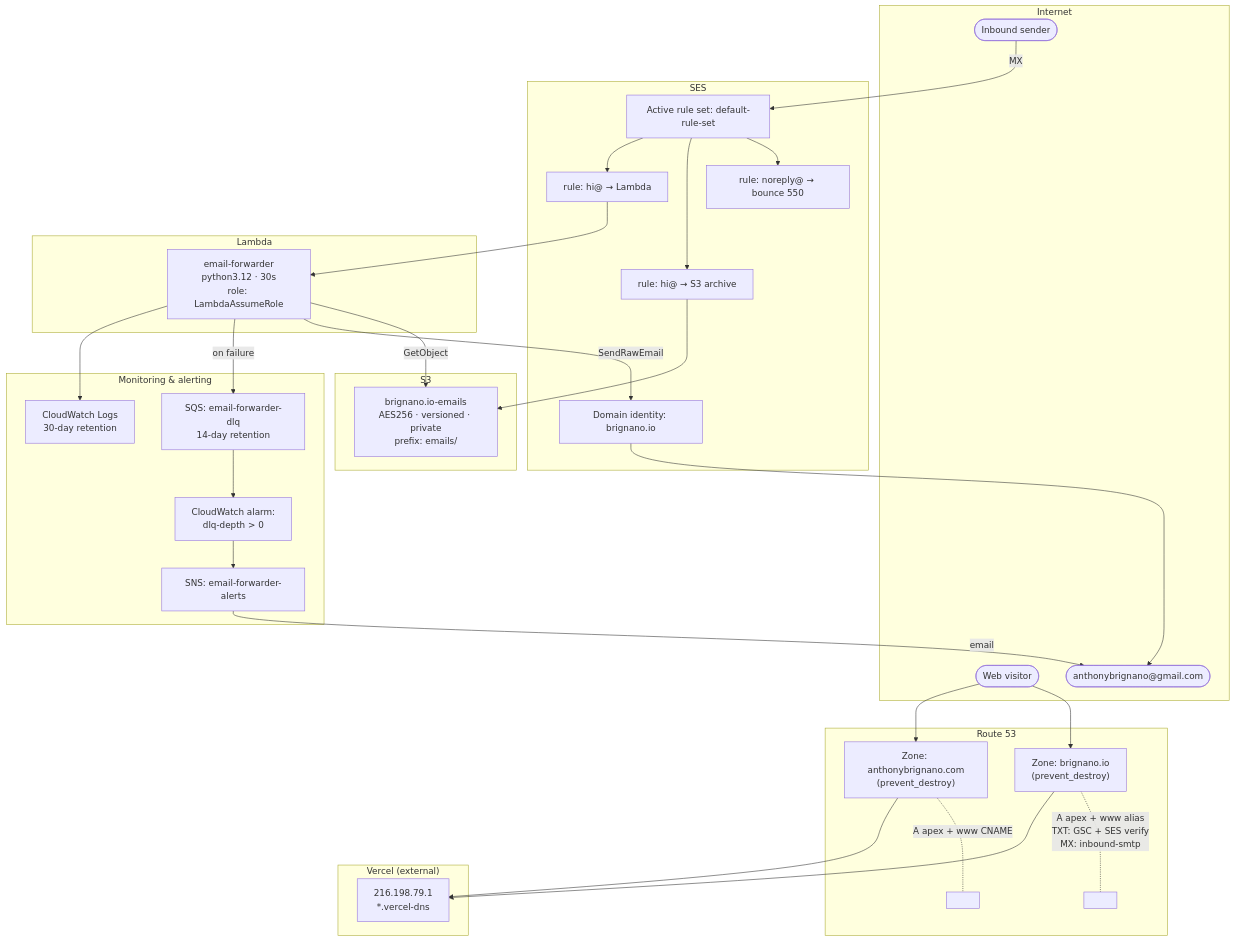
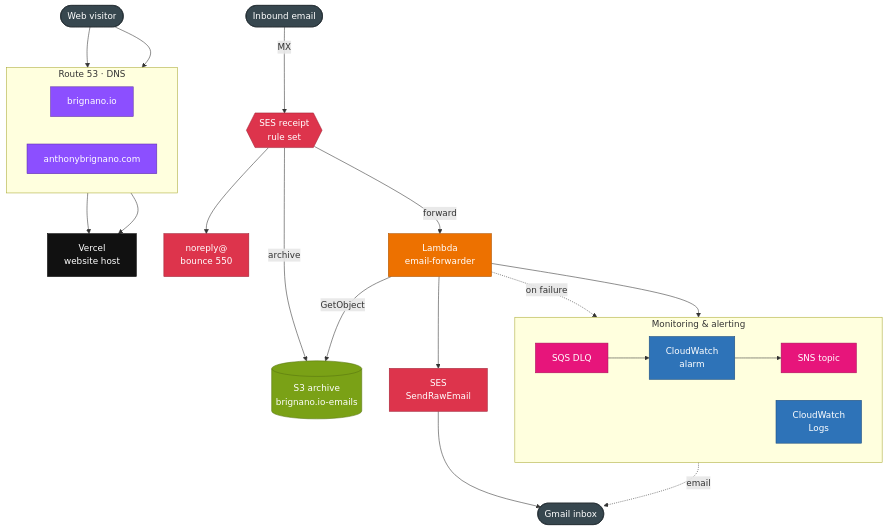
The first of 3 diagrams in docs/architecture.md (brignano/aws), drawn with Mermaid before and after one commit. The commit also changed other lines of this file, not shown here.

Commit message:
docs: style architecture diagrams with AWS service colors
- Color-code every node by AWS service category (Route 53 purple, SES
  red, S3 green, Lambda orange, SQS/SNS magenta, CloudWatch blue) via
  classDef, with a legend table
- Shorten node labels and drop the dotted record-placeholder nodes so
  the system diagram fits without zooming; detail stays in the table
- Sequence diagram: autonumber + green happy-path / red failure-path
  highlight rects
- Restyle the CI/CD diagram (Terraform purple, AWS navy)

Verified all three render with mermaid-cli 11.15.0.

````diff
--- a/docs/architecture.md
+++ b/docs/architecture.md
@@ -12,55 +12,49 @@
 ```mermaid
-graph TD
-    subgraph internet["Internet"]
-        Visitor([Web visitor])
-        Sender([Inbound sender])
-        Gmail(["anthonybrignano@gmail.com"])
+flowchart TB
+    Visitor([Web visitor]):::ext
+    Sender([Inbound email]):::ext
+    Gmail([Gmail inbox]):::ext
+
+    subgraph DNS["Route 53 · DNS"]
+        direction LR
+        ZoneP["brignano.io"]:::dns
+        ZoneB["anthonybrignano.com"]:::dns
     end
 
-    subgraph route53["Route 53"]
-        ZoneP["Zone: brignano.io<br/>(prevent_destroy)"]
-        ZoneB["Zone: anthonybrignano.com<br/>(prevent_destroy)"]
-        ZoneP -. "A apex + www alias<br/>TXT: GSC + SES verify<br/>MX: inbound-smtp" .- RecP[" "]
-        ZoneB -. "A apex + www CNAME" .- RecB[" "]
+    Vercel["Vercel<br/>website host"]:::vercel
+
+    RuleSet{{"SES receipt<br/>rule set"}}:::ses
+    RNoreply["noreply@<br/>bounce 550"]:::ses
+    SESsend["SES<br/>SendRawEmail"]:::ses
+    S3[("S3 archive<br/>brignano.io-emails")]:::s3
+    Lambda["Lambda<br/>email-forwarder"]:::lambda
+
+    subgraph MON["Monitoring & alerting"]
+        direction LR
+        DLQ["SQS DLQ"]:::integ
+        Alarm["CloudWatch<br/>alarm"]:::mon
+        SNS["SNS topic"]:::integ
+        Logs["CloudWatch<br/>Logs"]:::mon
     end
 
-    subgraph vercel["Vercel (external)"]
-        VercelApp["216.198.79.1<br/>*.vercel-dns"]
-    end
-
-    subgraph ses["SES"]
-        SESdomain["Domain identity: brignano.io"]
-        RuleSet["Active rule set: default-rule-set"]
-        RNoreply["rule: noreply@ → bounce 550"]
-        RArchive["rule: hi@ → S3 archive"]
-        RForward["rule: hi@ → Lambda"]
-    end
-
-    subgraph storage["S3"]
-        Bucket["brignano.io-emails<br/>AES256 · versioned · private<br/>prefix: emails/"]
-    end
-
-    subgraph compute["Lambda"]
-        Fn["email-forwarder<br/>python3.12 · 30s<br/>role: LambdaAssumeRole"]
-    end
-
-    subgraph monitoring["Monitoring & alerting"]
-        DLQ["SQS: email-forwarder-dlq<br/>14-day retention"]
-        Alarm["CloudWatch alarm:<br/>dlq-depth &gt; 0"]
-        SNS["SNS: email-forwarder-alerts"]
-        Logs["CloudWatch Logs<br/>30-day retention"]
-    end
-
-    Visitor --> ZoneP --> VercelApp
-    Visitor --> ZoneB --> VercelApp
+    Visitor --> ZoneP --> Vercel
+    Visitor --> ZoneB --> Vercel
 
     Sender -->|MX| RuleSet
     RuleSet --> RNoreply
-    RuleSet --> RArchive --> Bucket
-    RuleSet --> RForward --> Fn
-    Fn -->|GetObject| Bucket
-    Fn -->|SendRawEmail| SESdomain --> Gmail
-    Fn -->|on failure| DLQ
-    Fn --> Logs
-    DLQ --> Alarm --> SNS -->|email| Gmail
+    RuleSet -->|archive| S3
+    RuleSet -->|forward| Lambda
+    Lambda -->|GetObject| S3
+    Lambda --> SESsend --> Gmail
+    Lambda -.->|on failure| DLQ --> Alarm --> SNS -.->|email| Gmail
+    Lambda --> Logs
+
+    classDef ext fill:#37474F,stroke:#1C262B,color:#fff
+    classDef vercel fill:#111111,stroke:#000000,color:#fff
+    classDef dns fill:#8C4FFF,stroke:#5E30A6,color:#fff
+    classDef ses fill:#DD344C,stroke:#A12235,color:#fff
+    classDef s3 fill:#7AA116,stroke:#56750F,color:#fff
+    classDef lambda fill:#ED7100,stroke:#AD5300,color:#fff
+    classDef integ fill:#E7157B,stroke:#A60E59,color:#fff
+    classDef mon fill:#2E73B8,stroke:#1E4D7B,color:#fff
 ```
````
